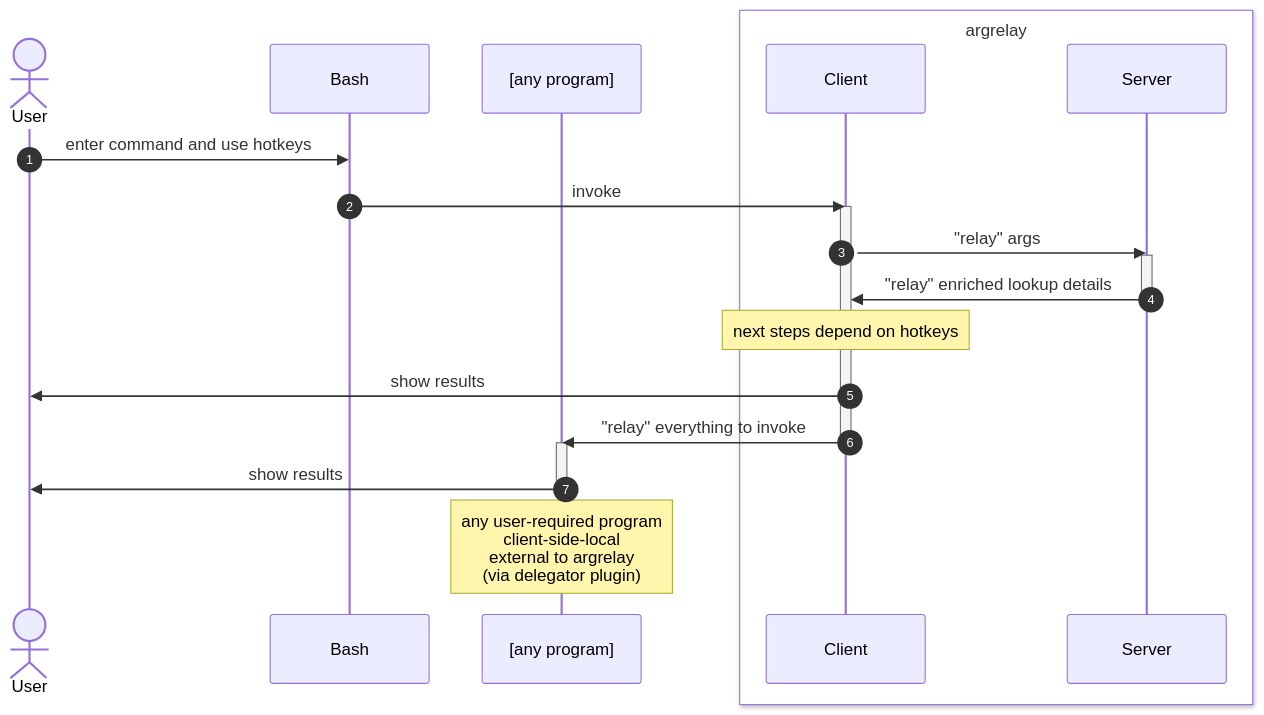
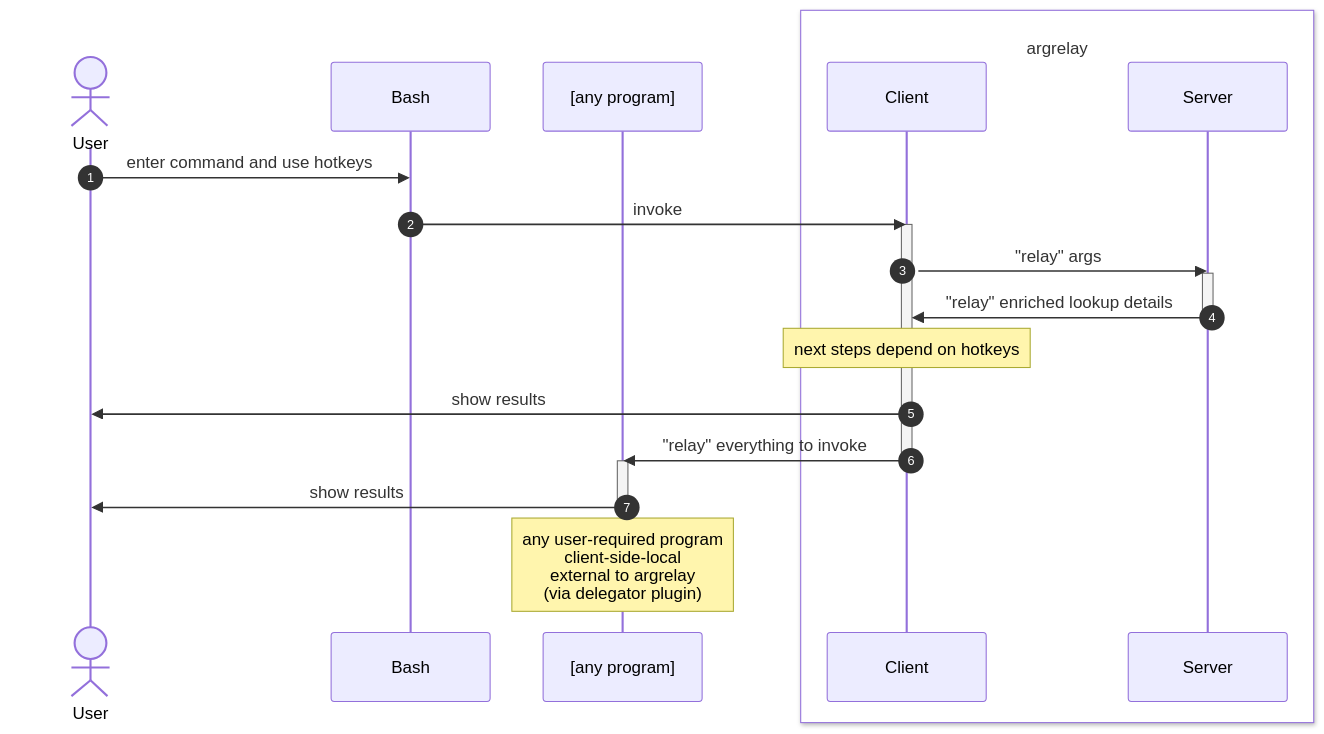
Before and after one commit to argrelay/argrelay: the diagram in readme.md, drawn with Mermaid.

Commit message:
Add linebreaks

````diff
--- a/readme.md
+++ b/readme.md
@@ -78,26 +78,26 @@
 ```mermaid
 sequenceDiagram
     autonumber
-    Actor U as User
+    Actor U as <br/>User
     participant B as Bash
     participant P as [any program]
-    box rgb(255, 255, 255) argrelay
+    box rgb(255, 255, 255) <br/>argrelay
     participant C as Client
     participant S as Server
     end
     U ->> B: enter command and use hotkeys
     B ->> C: invoke
     activate C
     C ->> S: "relay" args
     activate S
     S ->> C: "relay" enriched lookup details
     deactivate S
     Note over C: next steps depend on hotkeys
     C ->> U: show results
     C ->> P: "relay" everything to invoke
     deactivate C
     activate P
     P ->> U: show results
     deactivate P
     Note over P: any user-required program<br/>client-side-local<br/>external to argrelay<br/>(via delegator plugin)
 ```
````
